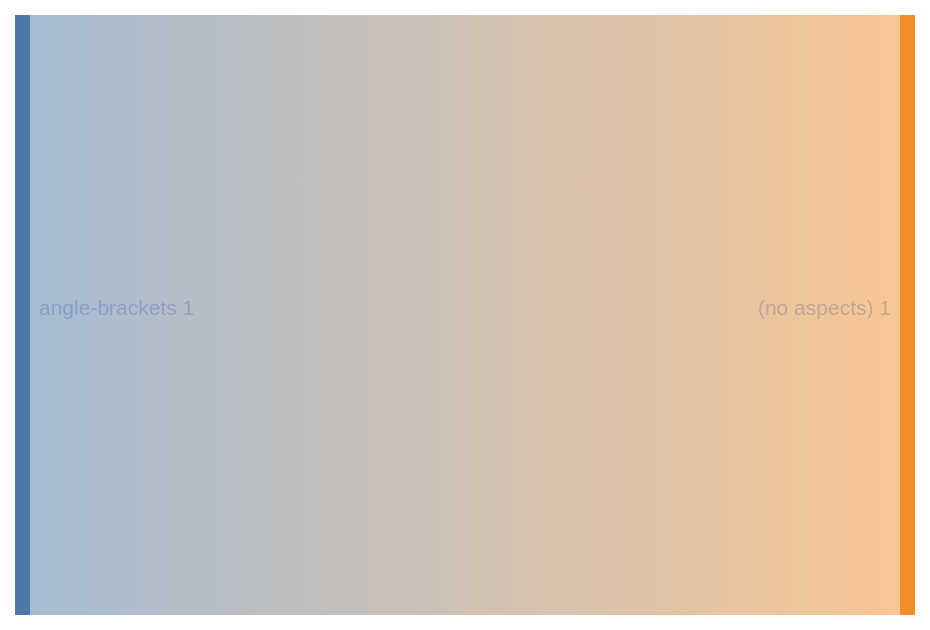
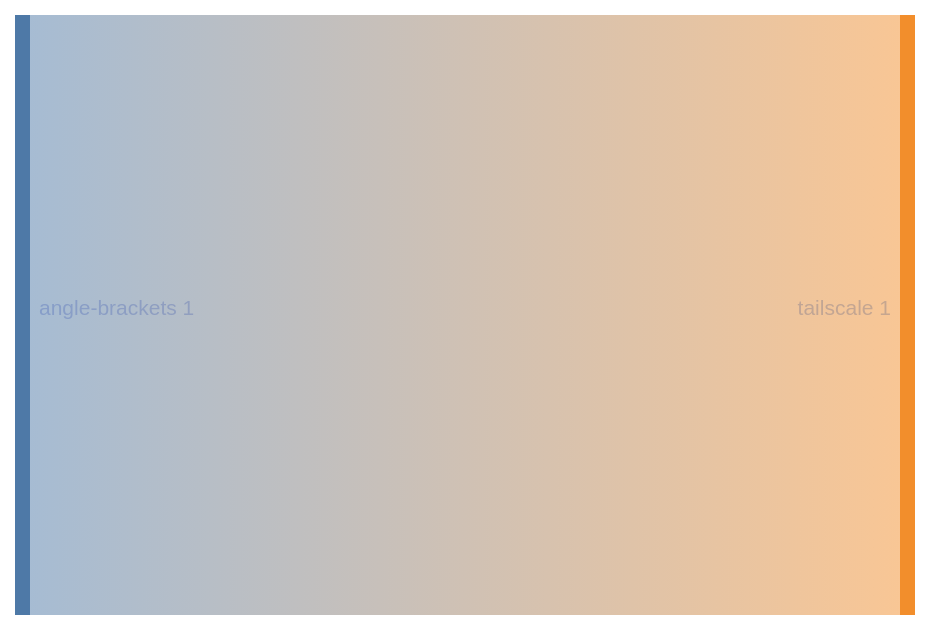
Before and after one commit to sini/den: the diagram in templates/diag-fx-demo/diagrams/angle-brackets-sankey.md, drawn with Mermaid. The commit also changed 526 other files, not shown here.

Commit message:
chore: update fx diagrams

````diff
--- a/templates/diag-fx-demo/diagrams/angle-brackets-sankey.md
+++ b/templates/diag-fx-demo/diagrams/angle-brackets-sankey.md
@@ -5,6 +5,6 @@
 ```mermaid
 %%{init: {"theme":"base","themeVariables":{"activationBkgColor":"#313244","activationBorderColor":"#6c7086","actorBkg":"#313244","actorBorder":"#a6adc8","actorLineColor":"#a6adc8","actorTextColor":"#cdd6f4","background":"#1e1e2e","classText":"#cdd6f4","clusterBkg":"#313244","clusterBorder":"#6c7086","edgeLabelBackground":"#1e1e2e","labelBoxBkgColor":"#313244","labelBoxBorderColor":"#a6adc8","labelTextColor":"#cdd6f4","lineColor":"#a6adc8","loopTextColor":"#cdd6f4","mainBkg":"#313244","nodeBkg":"#313244","nodeBorder":"#a6adc8","nodeTextColor":"#cdd6f4","noteBkgColor":"#313244","noteBorderColor":"#6c7086","noteTextColor":"#cdd6f4","pie1":"#f38ba8","pie2":"#fab387","pie3":"#f9e2af","pie4":"#a6e3a1","pie5":"#94e2d5","pie6":"#89b4fa","pie7":"#cba6f7","pie8":"#f2cdcd","pieLegendTextColor":"#cdd6f4","pieOuterStrokeColor":"#6c7086","pieSectionTextColor":"#cdd6f4","pieStrokeColor":"#6c7086","pieTitleTextColor":"#cdd6f4","primaryBorderColor":"#a6adc8","primaryColor":"#313244","primaryTextColor":"#cdd6f4","secondBkg":"#313244","secondaryBorderColor":"#6c7086","secondaryColor":"#313244","secondaryTextColor":"#cdd6f4","sequenceNumberColor":"#1e1e2e","signalColor":"#a6adc8","signalTextColor":"#cdd6f4","tertiaryBorderColor":"#6c7086","tertiaryColor":"#313244","tertiaryTextColor":"#cdd6f4","textColor":"#cdd6f4","titleColor":"#cdd6f4"}}}%%
 sankey-beta
 
-"angle-brackets","(no aspects)",1
+"angle-brackets","tailscale",1
 ```
````
